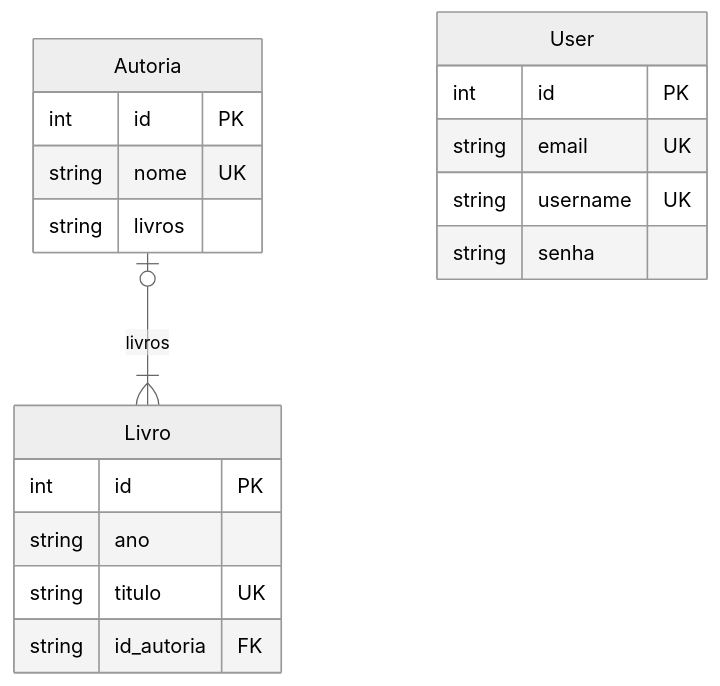
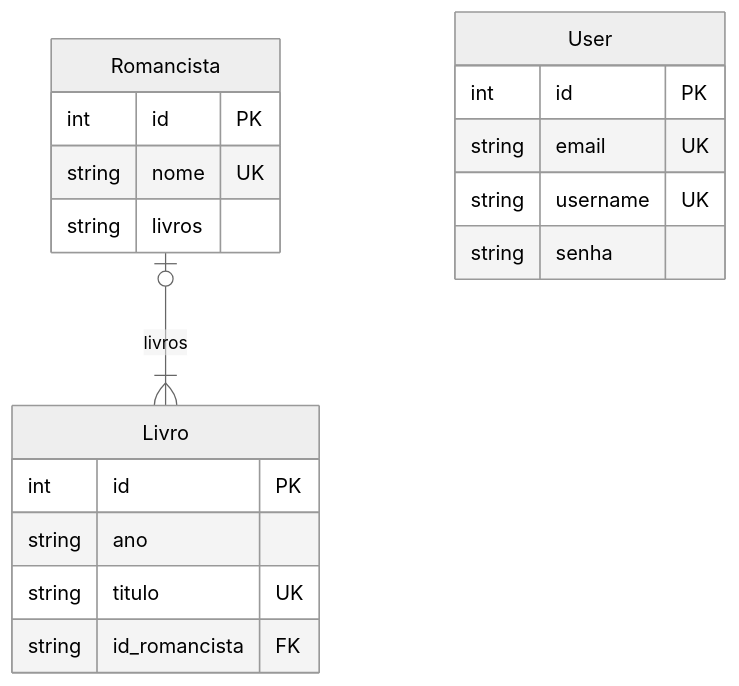
The second of 2 diagrams in aulas/14.md (dunossauro/fastapi-do-zero), drawn with Mermaid (neutral theme) before and after one commit. The commit also changed other lines of this file, not shown here.

Commit message:
[WIP] Adição dos endpoints referentes aos livros e romancistas

````diff
--- a/aulas/14.md
+++ b/aulas/14.md
@@ -169,21 +288,21 @@
 ```mermaid
 erDiagram
-  Autoria |o -- |{ Livro : livros
+  Romancista |o -- |{ Livro : livros
   User {
       int id PK
       string email UK
 	  string username UK
 	  string senha
   }
   Livro {
 	  int id  PK
 	  string ano
 	  string titulo UK
-      string id_autoria FK
+      string id_romancista FK
   }
-  Autoria {
+  Romancista {
       int id PK
       string nome UK
 	  string livros
   }
 ```
````
